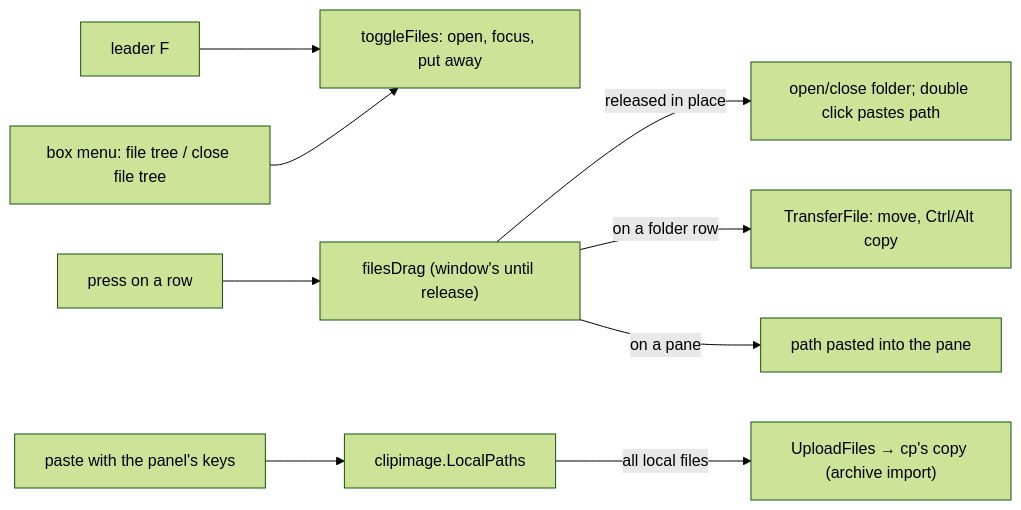
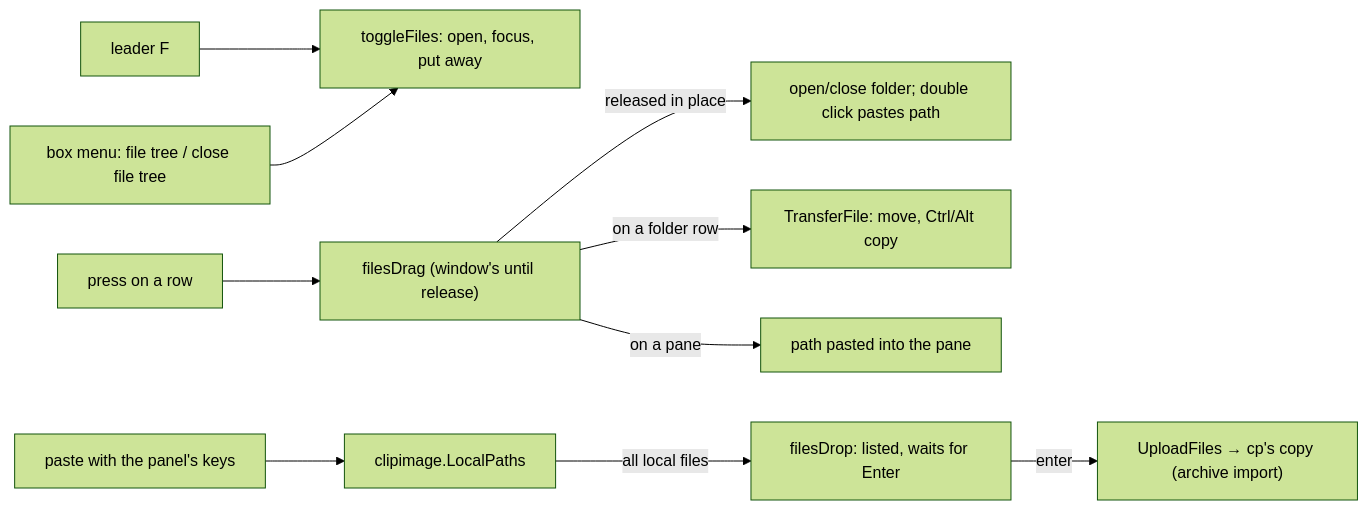
The third of 3 diagrams in cli/internal/tui/DESIGN.md (discobox-ai/discobox), drawn with Mermaid (forest theme) before and after one commit. The commit also changed other lines of this file and 13 other files, not shown here.

First line of the commit message:
fix(console): a drop waits for Enter, and a download never lands in home

````diff
--- a/cli/internal/tui/DESIGN.md
+++ b/cli/internal/tui/DESIGN.md
@@ -240,10 +240,10 @@
 ```mermaid
 flowchart LR
     K["leader F"] --> Open["toggleFiles: open, focus, put away"]
     Menu["box menu: file tree / close file tree"] --> Open
     Row["press on a row"] --> Drag["filesDrag (window's until release)"]
     Drag -->|released in place| Click["open/close folder; double click pastes path"]
     Drag -->|on a folder row| Move["TransferFile: move, Ctrl/Alt copy"]
     Drag -->|on a pane| Paste["path pasted into the pane"]
-    P["paste with the panel's keys"] --> Local["clipimage.LocalPaths"] -->|all local files| Up["UploadFiles → cp's copy (archive import)"]
+    P["paste with the panel's keys"] --> Local["clipimage.LocalPaths"] -->|all local files| Wait["filesDrop: listed, waits for Enter"] -->|enter| Up["UploadFiles → cp's copy (archive import)"]
 ```
````
